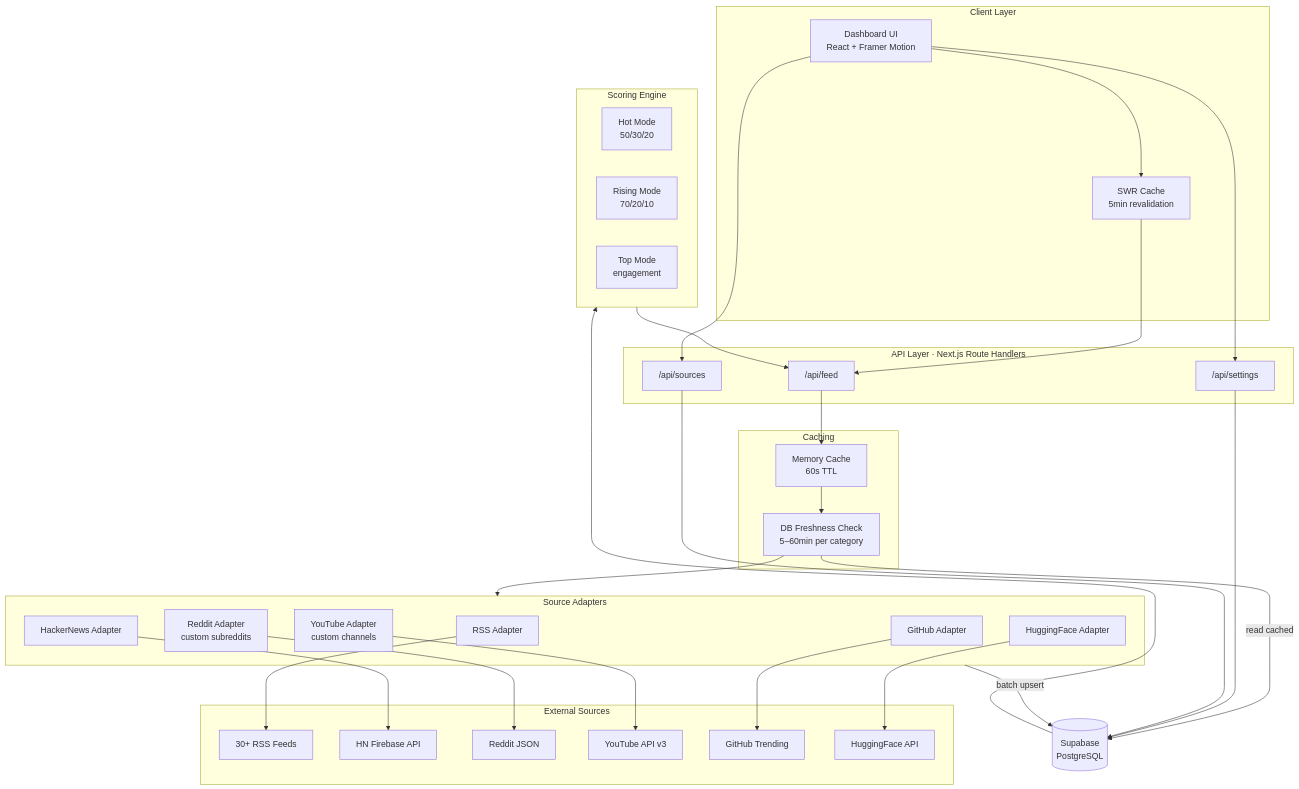
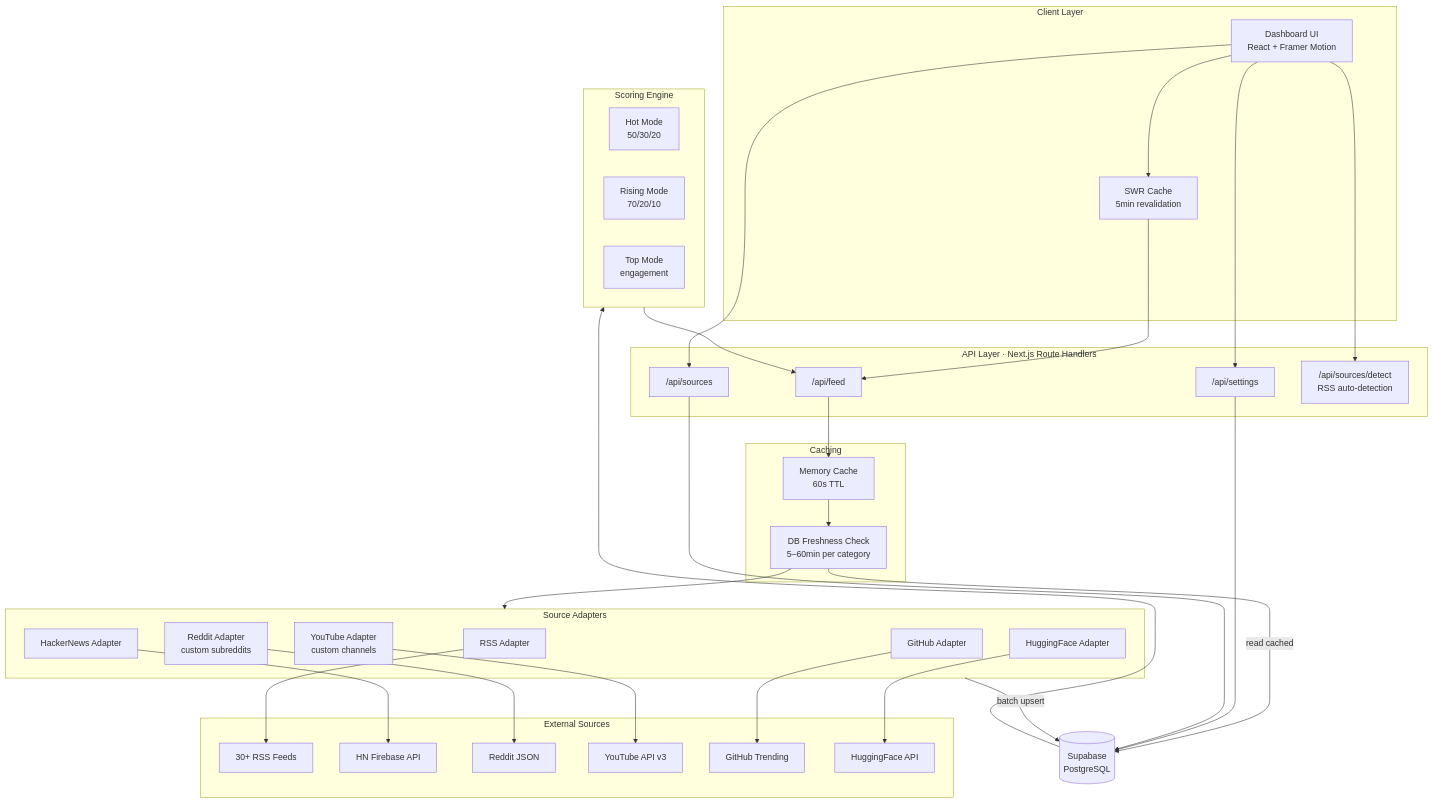
Before and after one commit to yairbederman/AI-Trends-Dashboard: the diagram in docs/architecture.mmd, drawn with Mermaid. The commit also changed 12 other files, not shown here.

```diff
--- a/docs/architecture.mmd
+++ b/docs/architecture.mmd
@@ -1,66 +1,68 @@
 flowchart TD
     subgraph Client["Client Layer"]
         UI[Dashboard UI<br/>React + Framer Motion]
         SWR[SWR Cache<br/>5min revalidation]
     end
 
     subgraph API["API Layer · Next.js Route Handlers"]
         Feed["/api/feed"]
         Settings["/api/settings"]
         Sources["/api/sources"]
+        Detect["/api/sources/detect<br/>RSS auto-detection"]
     end
 
     subgraph Cache["Caching"]
         MemCache[Memory Cache<br/>60s TTL]
         DBCache[DB Freshness Check<br/>5–60min per category]
     end
 
     subgraph Adapters["Source Adapters"]
         RSS[RSS Adapter]
         HN[HackerNews Adapter]
         Reddit[Reddit Adapter<br/>custom subreddits]
         YT[YouTube Adapter<br/>custom channels]
         GH[GitHub Adapter]
         HF[HuggingFace Adapter]
     end
 
     subgraph Scoring["Scoring Engine"]
         Hot[Hot Mode<br/>50/30/20]
         Rising[Rising Mode<br/>70/20/10]
         Top[Top Mode<br/>engagement]
     end
 
     subgraph External["External Sources"]
         RSSFeeds[30+ RSS Feeds]
         HNAPI[HN Firebase API]
         RedditJSON[Reddit JSON]
         YTAPI[YouTube API v3]
         GHTrending[GitHub Trending]
         HFAPI[HuggingFace API]
     end
 
     DB[(Supabase<br/>PostgreSQL)]
 
     UI --> SWR
     SWR --> Feed
     UI --> Settings
     UI --> Sources
+    UI --> Detect
 
     Feed --> MemCache
     MemCache --> DBCache
     DBCache --> Adapters
 
     RSS --> RSSFeeds
     HN --> HNAPI
     Reddit --> RedditJSON
     YT --> YTAPI
     GH --> GHTrending
     HF --> HFAPI
 
     Adapters -->|batch upsert| DB
     DBCache -->|read cached| DB
     Settings --> DB
     Sources --> DB
 
     DB --> Scoring
     Scoring --> Feed
```
